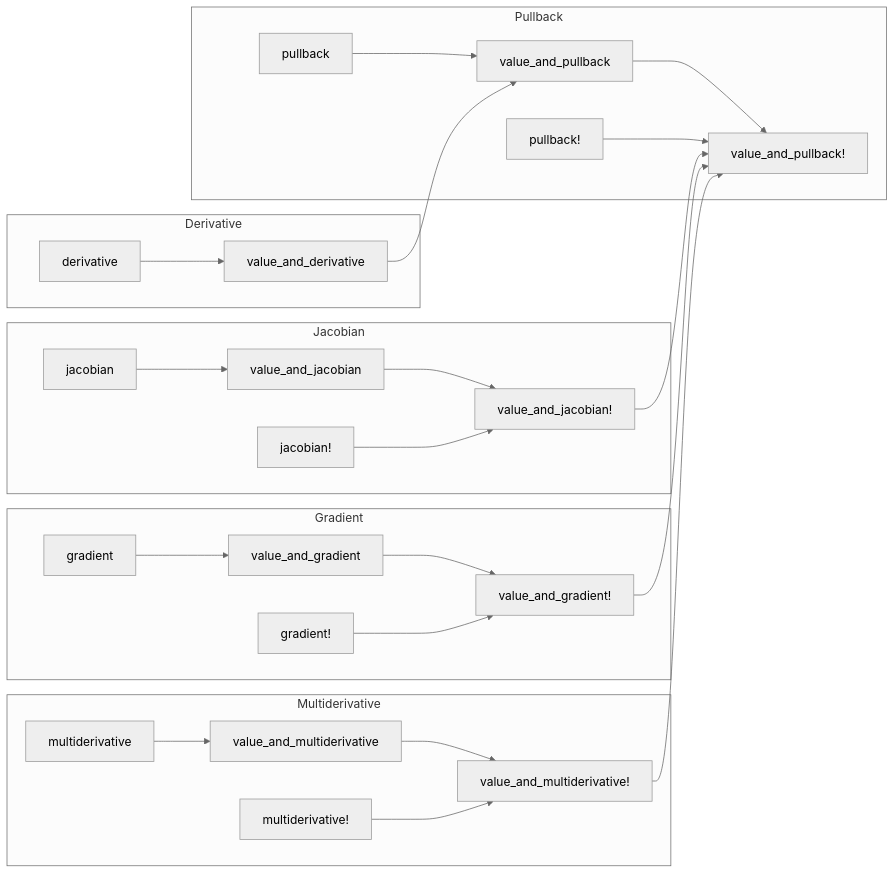
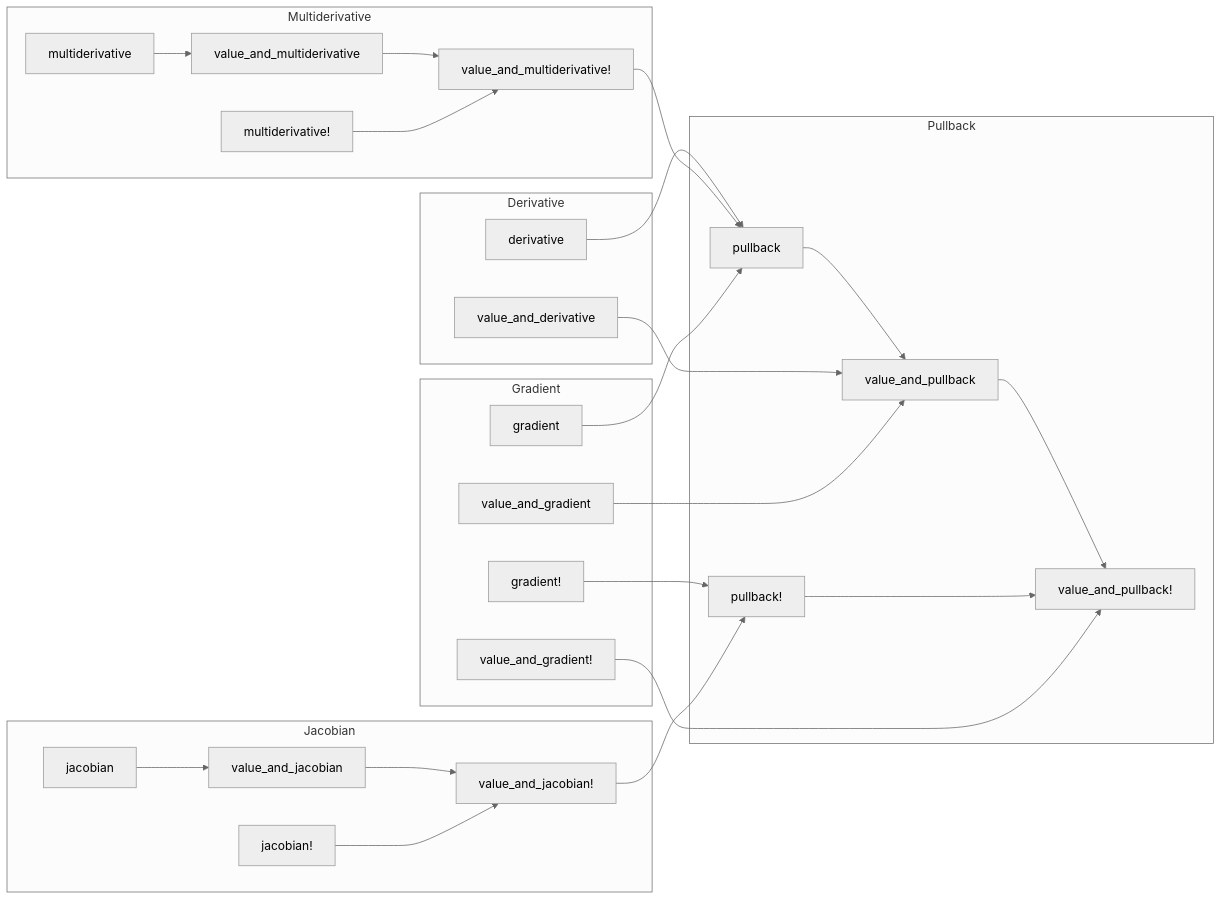
Before and after one commit to gdalle/DifferentiationInterface.jl: the second of 2 diagrams in docs/src/developer.md, drawn with Mermaid (neutral theme). The commit also changed other lines of this file and 6 other files, not shown here.

````diff
--- a/docs/src/developer.md
+++ b/docs/src/developer.md
@@ -58,35 +58,35 @@
 ```mermaid
 flowchart LR
+    subgraph Pullback
+    value_and_pullback!
+    value_and_pullback --> value_and_pullback!
+    pullback! --> value_and_pullback!
+    pullback --> value_and_pullback
+    end
+    
+    subgraph Derivative
+    value_and_derivative --> value_and_pullback
+    derivative --> pullback
+    end
+    
+    subgraph Multiderivative
+    value_and_multiderivative! --> pullback
+    value_and_multiderivative --> value_and_multiderivative!
+    multiderivative! --> value_and_multiderivative!
+    multiderivative --> value_and_multiderivative
+    end
+
     subgraph Gradient
-    gradient --> value_and_gradient
-    value_and_gradient --> value_and_gradient!
-    gradient! --> value_and_gradient!
+    value_and_gradient! --> value_and_pullback!
+    value_and_gradient --> value_and_pullback
+    gradient! --> pullback!
+    gradient --> pullback
     end
 
     subgraph Jacobian
-    jacobian --> value_and_jacobian
+    value_and_jacobian! --> pullback!
     value_and_jacobian --> value_and_jacobian!
     jacobian! --> value_and_jacobian!
+    jacobian --> value_and_jacobian
     end
-
-    subgraph Multiderivative
-    multiderivative --> value_and_multiderivative
-    value_and_multiderivative --> value_and_multiderivative!
-    multiderivative! --> value_and_multiderivative!
-    end
-
-    subgraph Derivative
-    derivative --> value_and_derivative
-    end
-
-    subgraph Pullback
-    pullback --> value_and_pullback
-    value_and_pullback --> value_and_pullback!
-    pullback! --> value_and_pullback!
-    end
-
-    value_and_jacobian! --> value_and_pullback!
-    value_and_gradient! --> value_and_pullback!
-    value_and_multiderivative! --> value_and_pullback!
-    value_and_derivative --> value_and_pullback
 ```
````
